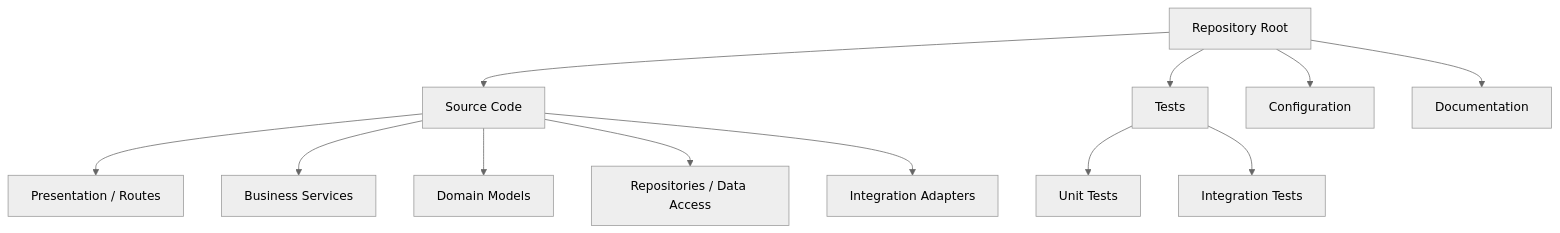
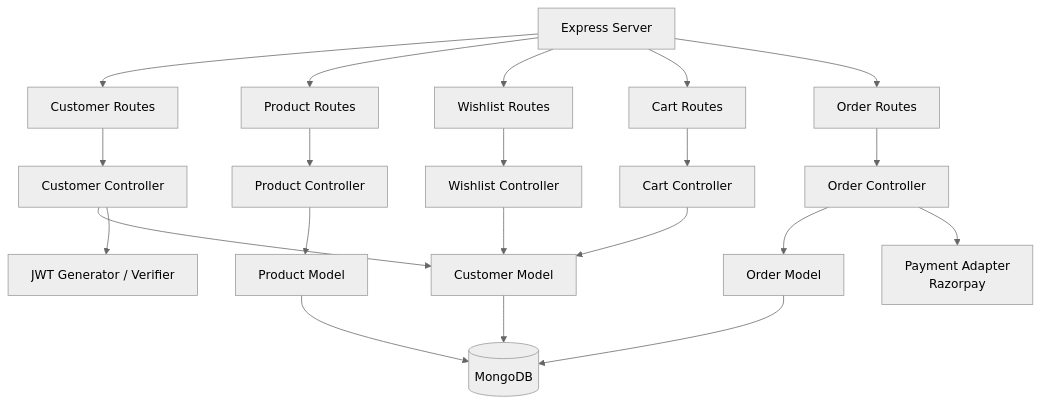
One commit to YASHK-arch/ShopKart-BEL changed the second of 3 diagrams in README.md. Above: the diagram before and after it, drawn with Mermaid (neutral theme). The commit also changed other lines of this file and 3 other files, not shown here.

````diff
--- a/README.md
+++ b/README.md
@@ -56,14 +36,27 @@
 ```mermaid
 flowchart TD
-    R[Repository Root] --> S[Source Code]
-    R --> T[Tests]
-    R --> C[Configuration]
-    R --> D[Documentation]
-    S --> P[Presentation / Routes]
-    S --> B[Business Services]
-    S --> M[Domain Models]
-    S --> DA[Repositories / Data Access]
-    S --> I[Integration Adapters]
-    T --> UT[Unit Tests]
-    T --> IT[Integration Tests]
+    API[Express Server] --> CUST[Customer Routes]
+    API --> PROD[Product Routes]
+    API --> WISH[Wishlist Routes]
+    API --> CART[Cart Routes]
+    API --> ORD[Order Routes]
+
+    CUST --> CCTRL[Customer Controller]
+    PROD --> PCTRL[Product Controller]
+    WISH --> WCTRL[Wishlist Controller]
+    CART --> CARTCTRL[Cart Controller]
+    ORD --> OCTRL[Order Controller]
+
+    CCTRL --> CMODEL[Customer Model]
+    PCTRL --> PMODEL[Product Model]
+    WCTRL --> CMODEL
+    CARTCTRL --> CMODEL
+    OCTRL --> OMODEL[Order Model]
+
+    CMODEL --> DB[(MongoDB)]
+    PMODEL --> DB
+    OMODEL --> DB
+
+    OCTRL --> RZ[Payment Adapter\nRazorpay]
+    CCTRL --> JWT[JWT Generator / Verifier]
 ```
````
